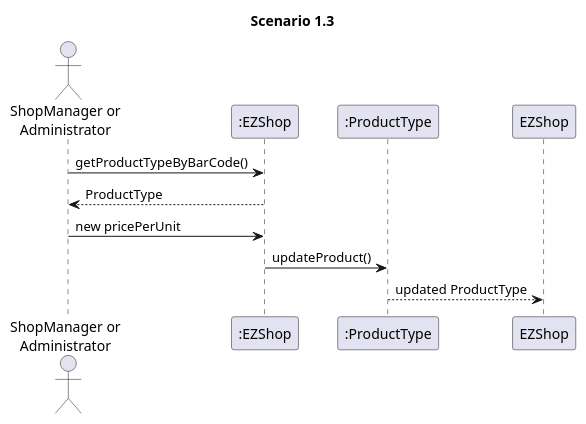
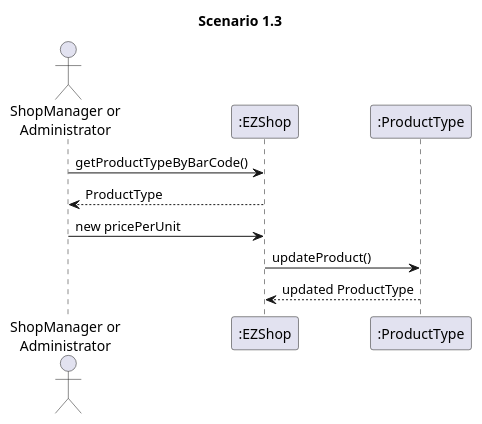
One commit to marco-ballario/EzShop changed the fourth of 10 diagrams in Deliverables/DesignDocument.md. Above: the diagram before and after it, drawn with PlantUML. The commit also changed other lines of this file, not shown here.

````diff
--- a/Deliverables/DesignDocument.md
+++ b/Deliverables/DesignDocument.md
@@ -280,9 +280,9 @@
 ```plantuml
 title Scenario 1.3
 actor "ShopManager or\nAdministrator" as act
 act -> ":EZShop" : getProductTypeByBarCode()
 ":EZShop" --> act : ProductType
 act -> ":EZShop" : new pricePerUnit
 ":EZShop" -> ":ProductType": updateProduct()
-":ProductType" --> EZShop : updated ProductType
+":ProductType" --> ":EZShop" : updated ProductType
 ```
````
